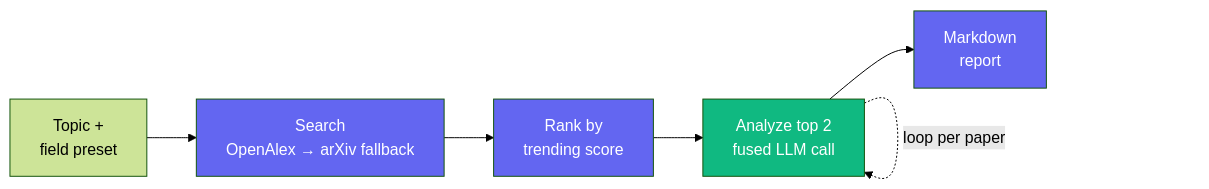
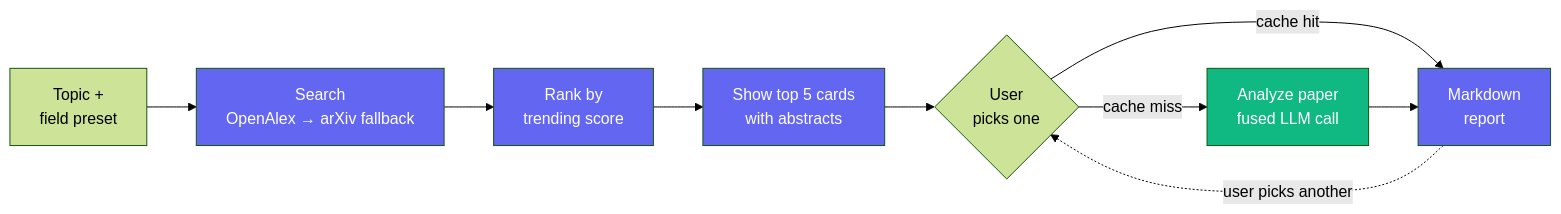
The diagram in README.md (ARIJIT00171/GapScope), drawn with Mermaid (forest theme) before and after one commit. The commit also changed other lines of this file and 3 other files, not shown here.

````diff
--- a/README.md
+++ b/README.md
@@ -39,13 +39,17 @@
 ```mermaid
 flowchart LR
     A[Topic +<br/>field preset] --> B[Search<br/>OpenAlex → arXiv fallback]
     B --> C[Rank by<br/>trending score]
-    C --> D[Analyze top 2<br/>fused LLM call]
-    D -. loop per paper .-> D
-    D --> E[Markdown<br/>report]
+    C --> D[Show top 5 cards<br/>with abstracts]
+    D --> E{User<br/>picks one}
+    E -->|cache hit| G[Markdown<br/>report]
+    E -->|cache miss| F[Analyze paper<br/>fused LLM call]
+    F --> G
+    G -. user picks another .-> E
 
     style B fill:#6366f1,color:#fff
     style C fill:#6366f1,color:#fff
-    style D fill:#10b981,color:#fff
-    style E fill:#6366f1,color:#fff
+    style D fill:#6366f1,color:#fff
+    style F fill:#10b981,color:#fff
+    style G fill:#6366f1,color:#fff
 ```
````
